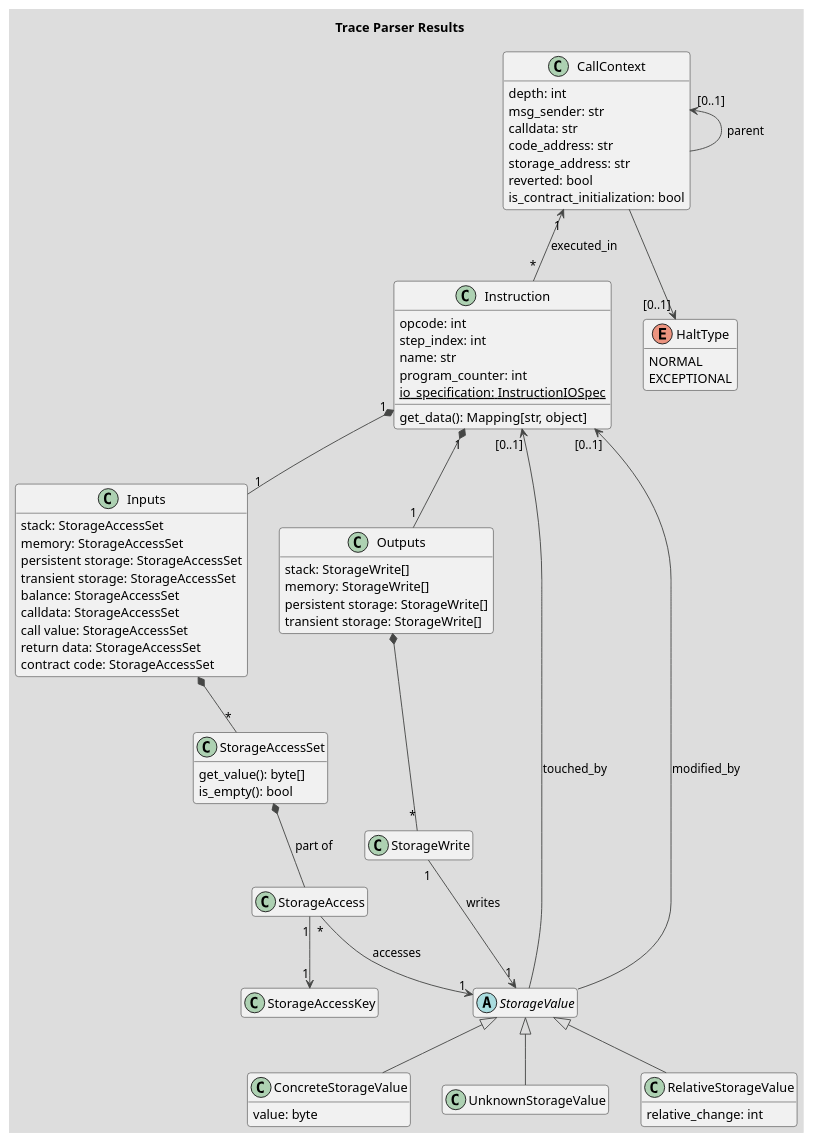
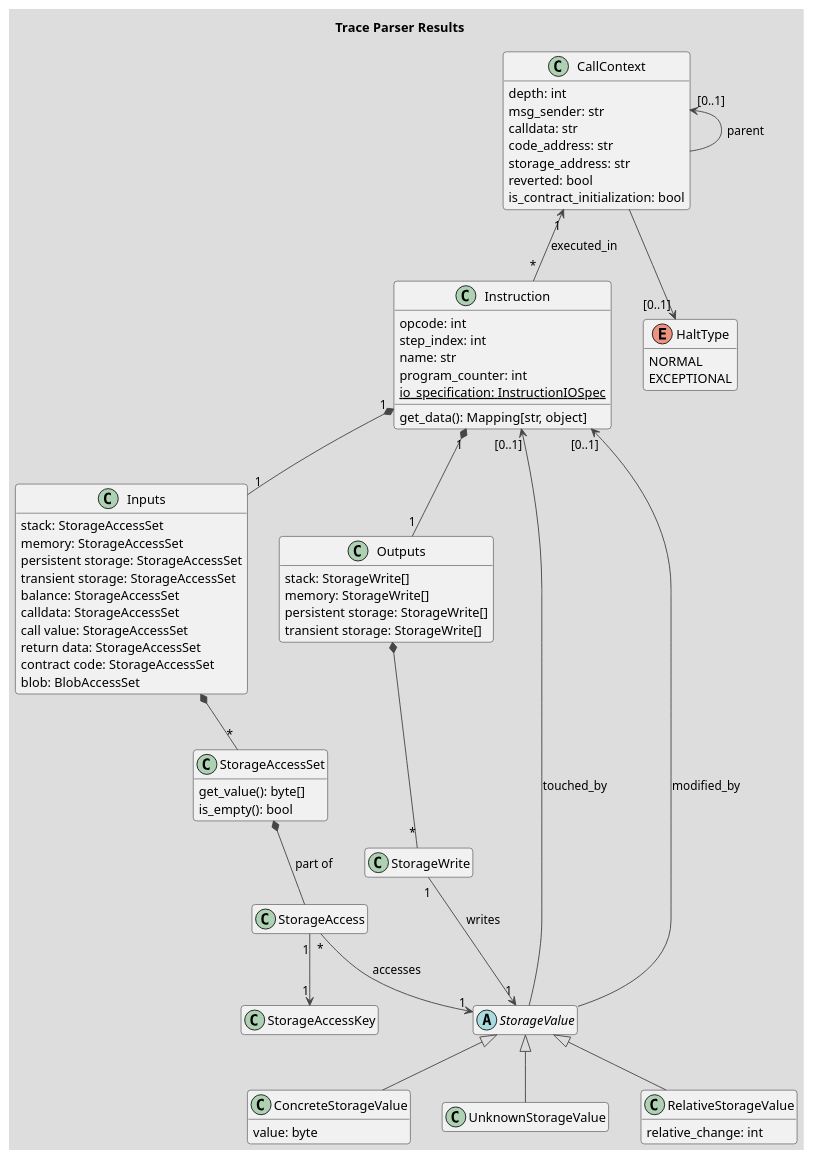
The first of 2 diagrams in docs/parsing.md (TOD-theses/traces_analyzer), drawn with PlantUML before and after one commit. The commit also changed 1 other file, not shown here.

Commit message:
docs: add notes update information flow development

```diff
--- a/docs/parsing.md
+++ b/docs/parsing.md
@@ -47,6 +47,7 @@
   call value: StorageAccessSet
   return data: StorageAccessSet
   contract code: StorageAccessSet
+  blob: BlobAccessSet
 }
 
 class Outputs {
```
